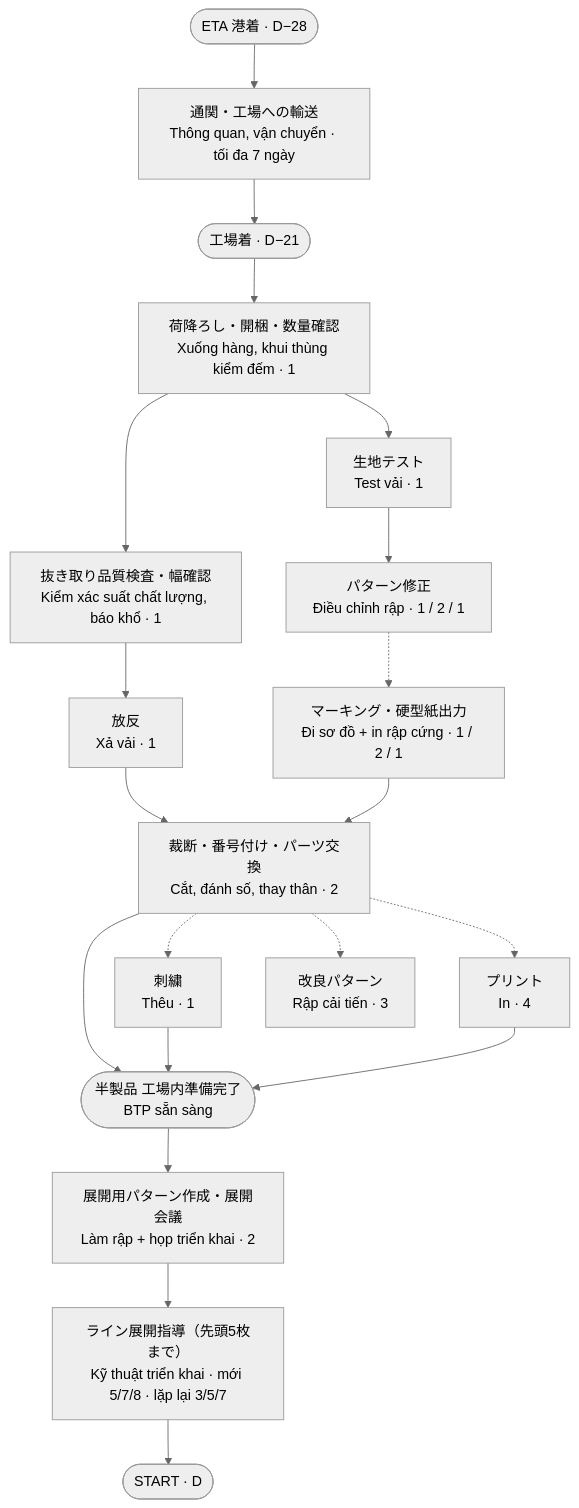
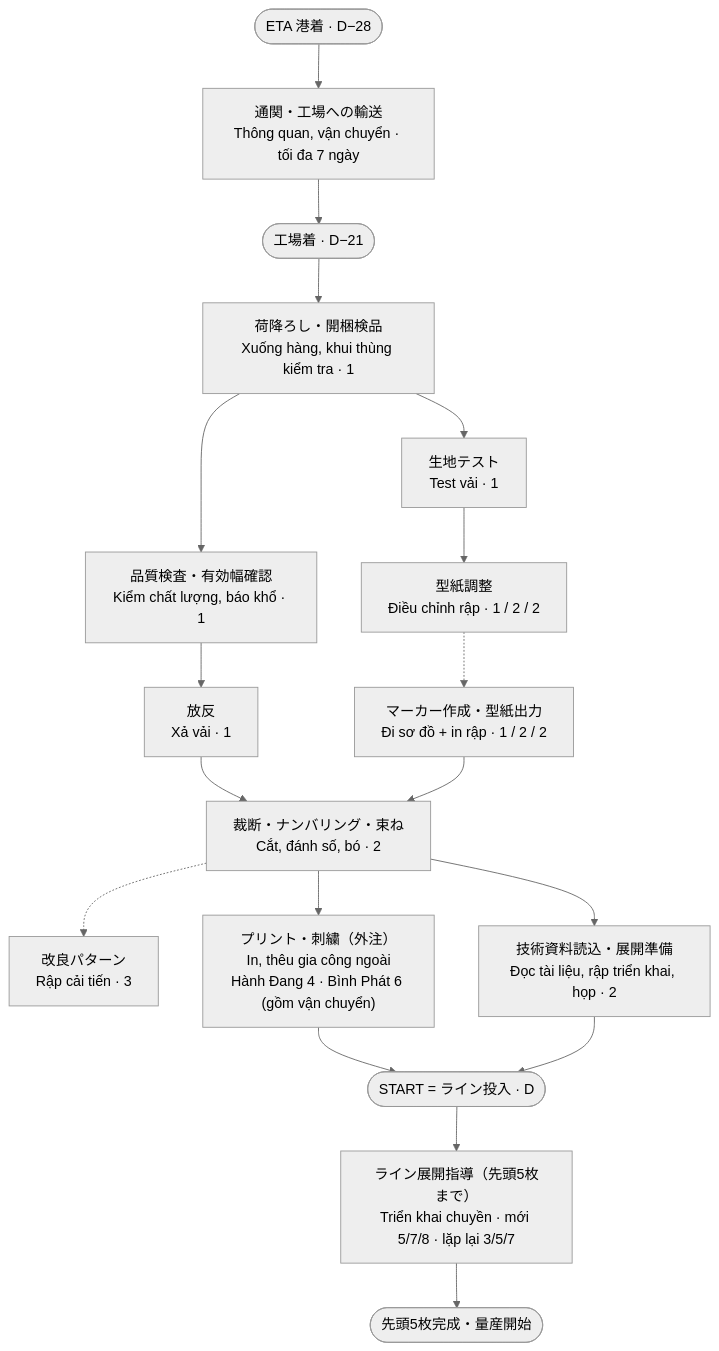
The diagram in docs/quy-trinh-lead-time.md (danieltran1011-sudo/PM-Production-Management), drawn with Mermaid (neutral theme) before and after one commit. The commit also changed other lines of this file and 5 other files, not shown here.

````diff
--- a/docs/quy-trinh-lead-time.md
+++ b/docs/quy-trinh-lead-time.md
@@ -15,22 +16,20 @@
 ```mermaid
 flowchart TD
     ETA(["ETA 港着 · D−28"]) --> XNK["通関・工場への輸送<br/>Thông quan, vận chuyển · tối đa 7 ngày"]
     XNK --> FAC(["工場着 · D−21"])
-    FAC --> KHUI["荷降ろし・開梱・数量確認<br/>Xuống hàng, khui thùng kiểm đếm · 1"]
-    KHUI --> QC["抜き取り品質検査・幅確認<br/>Kiểm xác suất chất lượng, báo khổ · 1"]
+    FAC --> KHUI["荷降ろし・開梱検品<br/>Xuống hàng, khui thùng kiểm tra · 1"]
+    KHUI --> QC["品質検査・有効幅確認<br/>Kiểm chất lượng, báo khổ · 1"]
     KHUI --> TEST["生地テスト<br/>Test vải · 1"]
     QC --> XA["放反<br/>Xả vải · 1"]
-    TEST --> RAP["パターン修正<br/>Điều chỉnh rập · 1 / 2 / 1"]
-    RAP -.-> SODO["マーキング・硬型紙出力<br/>Đi sơ đồ + in rập cứng · 1 / 2 / 1"]
-    XA --> CAT["裁断・番号付け・パーツ交換<br/>Cắt, đánh số, thay thân · 2"]
+    TEST --> RAP["型紙調整<br/>Điều chỉnh rập · 1 / 2 / 2"]
+    RAP -.-> SODO["マーカー作成・型紙出力<br/>Đi sơ đồ + in rập · 1 / 2 / 2"]
+    XA --> CAT["裁断・ナンバリング・束ね<br/>Cắt, đánh số, bó · 2"]
     SODO --> CAT
-    CAT -.-> THEU["刺繍<br/>Thêu · 1"]
-    CAT -.-> IN["プリント<br/>In · 4"]
     CAT -.-> CT["改良パターン<br/>Rập cải tiến · 3"]
-    CAT --> BTP(["半製品 工場内準備完了<br/>BTP sẵn sàng"])
-    THEU --> BTP
-    IN --> BTP
-    BTP --> HOP["展開用パターン作成・展開会議<br/>Làm rập + họp triển khai · 2"]
-    HOP --> TK["ライン展開指導（先頭5枚まで）<br/>Kỹ thuật triển khai · mới 5/7/8 · lặp lại 3/5/7"]
-    TK --> START(["START · D"])
+    CAT --> GC["プリント・刺繍（外注）<br/>In, thêu gia công ngoài<br/>Hành Đang 4 · Bình Phát 6 (gồm vận chuyển)"]
+    CAT --> HOP["技術資料読込・展開準備<br/>Đọc tài liệu, rập triển khai, họp · 2"]
+    GC --> START(["START = ライン投入 · D"])
+    HOP --> START
+    START --> TK["ライン展開指導（先頭5枚まで）<br/>Triển khai chuyền · mới 5/7/8 · lặp lại 3/5/7"]
+    TK --> FP(["先頭5枚完成・量産開始"])
 ```
````
